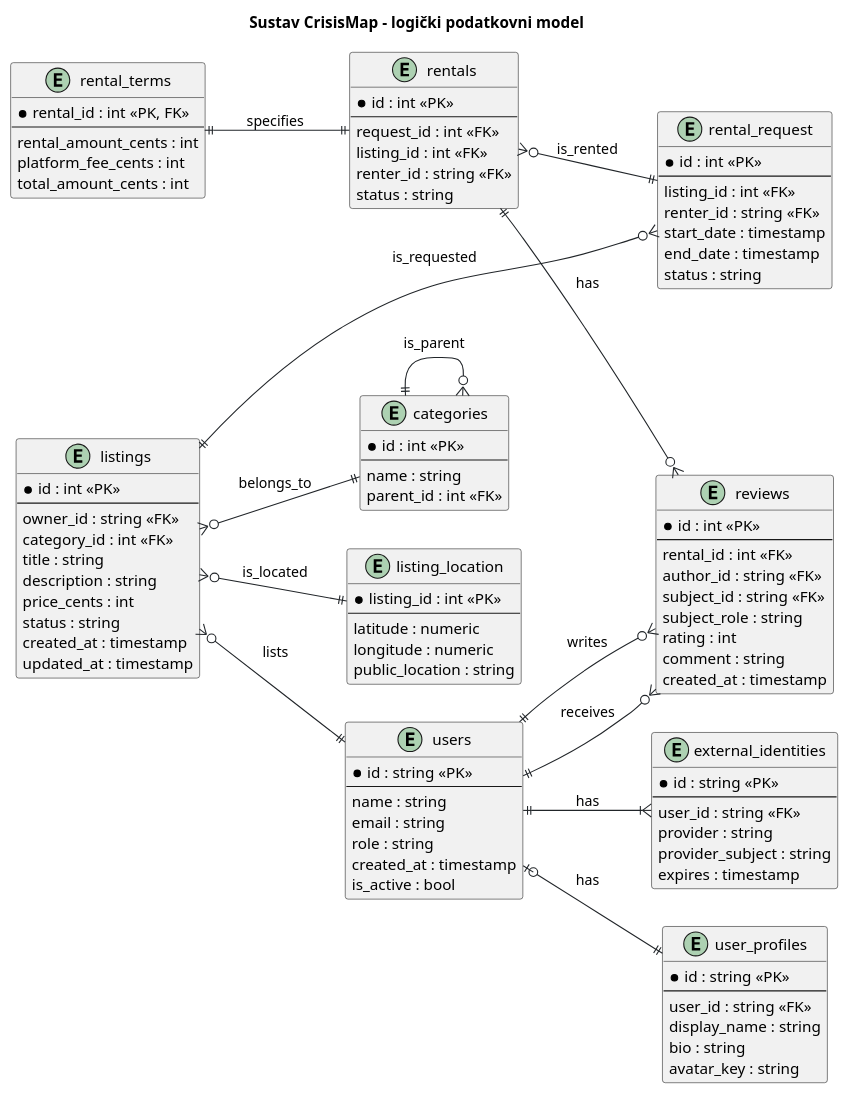
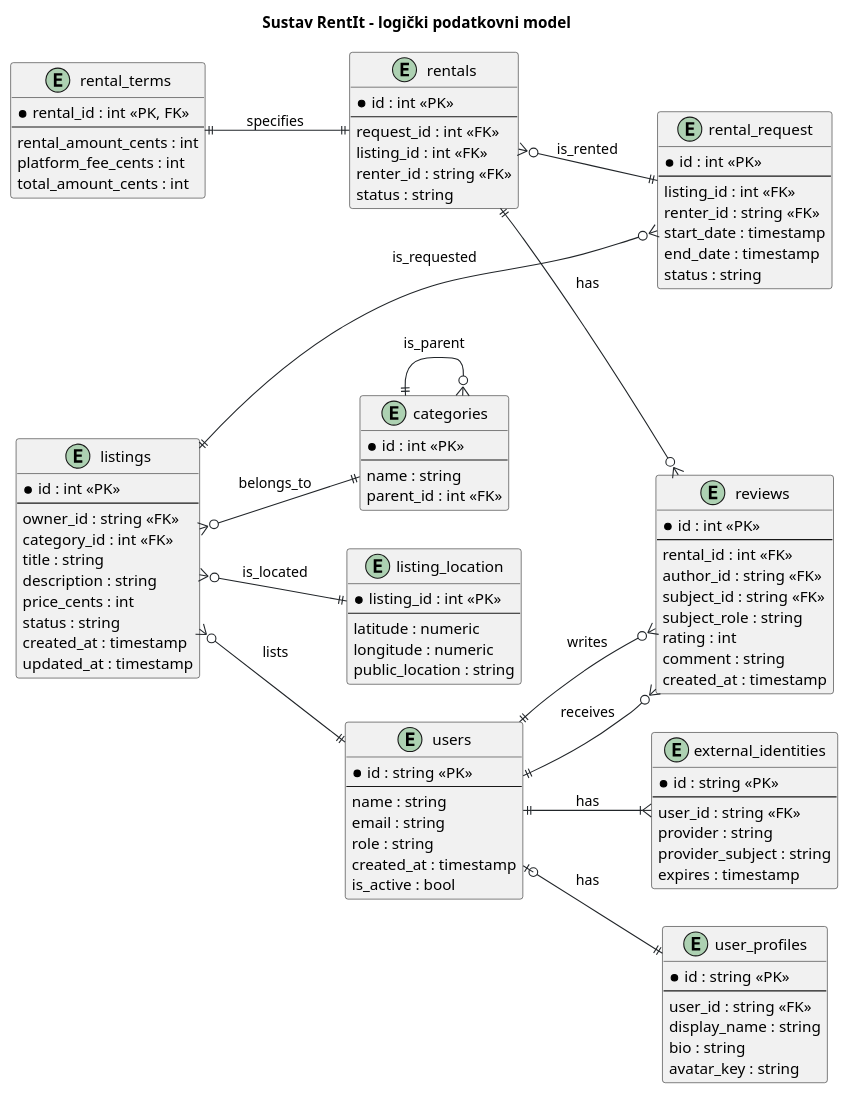
Before and after one commit to tradeit-fer/rentit: the diagram in docs/puml/er-diagram.puml, drawn with PlantUML.

```diff
--- a/docs/puml/er-diagram.puml
+++ b/docs/puml/er-diagram.puml
@@ -2,123 +2,123 @@
 @startuml
-title Sustav CrisisMap – logički podatkovni model
+title Sustav RentIt – logički podatkovni model
 left to right direction
 
 skinparam shadowing false
 skinparam defaultFontName Arial
 skinparam ArrowColor #212529
 
 skinparam entity {
     BackgroundColor #E7F1FF
     BorderColor #0D6EFD
     FontColor #212529
 }
 
 entity users {
     * id : string <<PK>>
     --
     name : string
     email : string
     role : string
     created_at : timestamp
     is_active : bool
 }
 
 entity external_identities {
     * id : string <<PK>>
     --
     user_id : string <<FK>>
     provider : string
     provider_subject : string
     expires : timestamp
 }
 
 entity user_profiles {
     * id : string <<PK>>
     --
     user_id : string <<FK>>
     display_name : string
     bio : string
     avatar_key : string
 }
 
 entity categories {
     * id : int <<PK>>
     --
     name : string
     parent_id : int <<FK>>
 }
 
 entity listings {
     * id : int <<PK>>
     --
     owner_id : string <<FK>>
     category_id : int <<FK>>
     title : string
     description : string
     price_cents : int
     status : string
     created_at : timestamp
     updated_at : timestamp
 }
 
 entity listing_location {
     * listing_id : int <<PK>>
     --
     latitude : numeric
     longitude : numeric
     public_location : string
 }
 
 entity rental_request {
     * id : int <<PK>>
     --
     listing_id : int <<FK>>
     renter_id : string <<FK>>
     start_date : timestamp
     end_date : timestamp
     status : string
 }
 
 entity rentals {
     * id : int <<PK>>
     --
     request_id : int <<FK>>
     listing_id : int <<FK>>
     renter_id : string <<FK>>
     status : string
 }
 
 entity rental_terms {
     * rental_id : int <<PK, FK>>
     --
     rental_amount_cents : int
     platform_fee_cents : int
     total_amount_cents : int
 }
 
 entity reviews {
     * id : int <<PK>>
     --
     rental_id : int <<FK>>
     author_id : string <<FK>>
     subject_id : string <<FK>>
     subject_role : string
     rating : int
     comment : string
     created_at : timestamp
 }
 
 users ||--|{ external_identities : has
 users |o--|| user_profiles : has
 categories ||--o{ categories : is_parent
 listings }o--|| categories : belongs_to
 listings }o--|| listing_location : is_located
 listings }o--|| users : lists
 listings ||--o{ rental_request : is_requested
 rentals }o--|| rental_request : is_rented
 rental_terms ||--|| rentals : specifies
 users ||--o{ reviews : writes
 users ||--o{ reviews : receives
 rentals ||--o{ reviews : has
 
 @enduml
```
